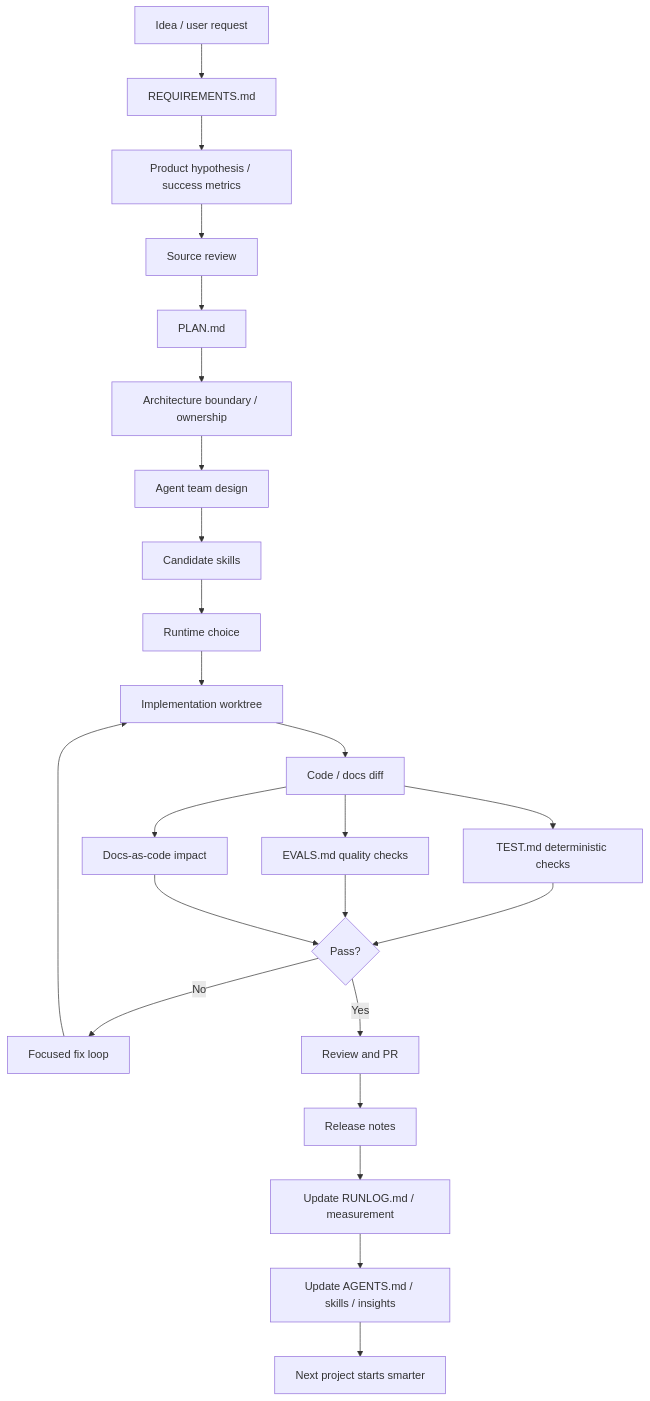
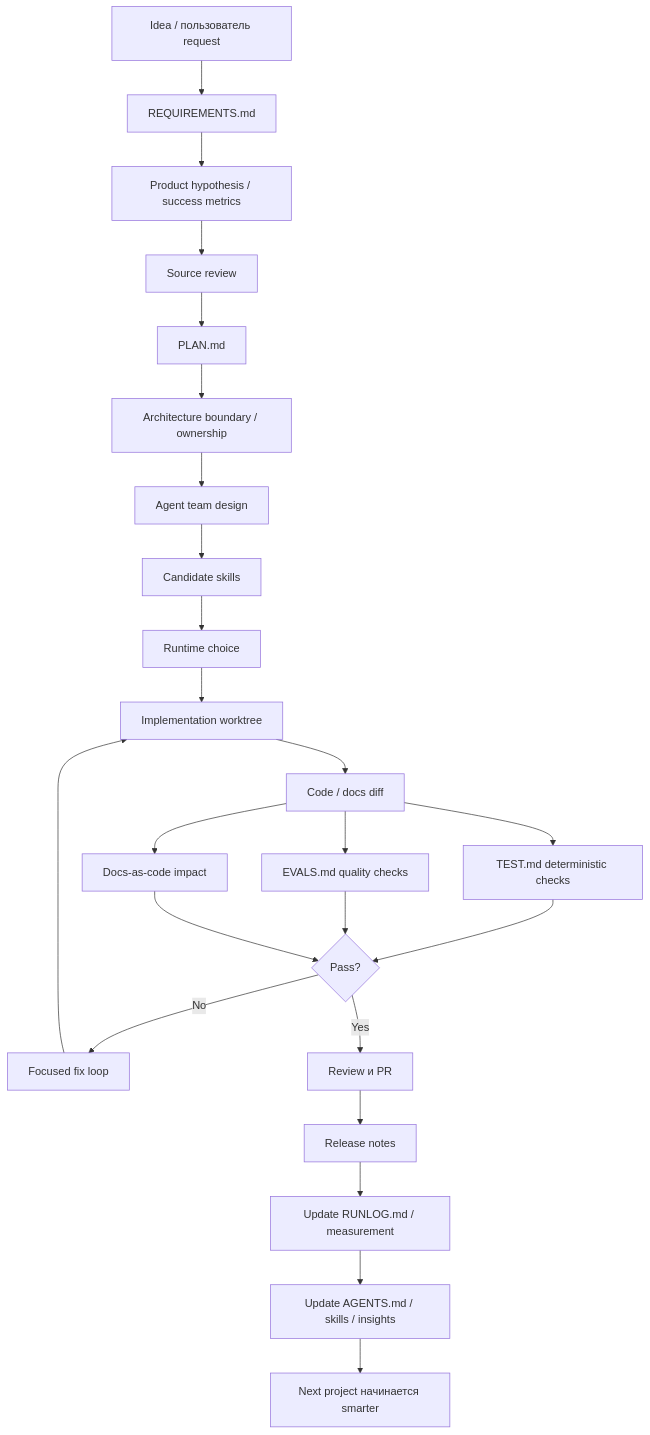
Before and after one commit to alexroadcaster/product-agent-os: the diagram in docs/diagrams/product-delivery-lifecycle.md, drawn with Mermaid. The commit also changed other lines of this file and 447 other files, not shown here.

````diff
--- a/docs/diagrams/product-delivery-lifecycle.md
+++ b/docs/diagrams/product-delivery-lifecycle.md
@@ -9,26 +9,26 @@
 ```mermaid
 flowchart TD
-    A["Idea / user request"] --> B["REQUIREMENTS.md"]
+    A["Idea / пользователь request"] --> B["REQUIREMENTS.md"]
     B --> B1["Product hypothesis / success metrics"]
     B1 --> C["Source review"]
     C --> D["PLAN.md"]
     D --> D1["Architecture boundary / ownership"]
     D1 --> E["Agent team design"]
     E --> F["Candidate skills"]
     F --> G["Runtime choice"]
     G --> H["Implementation worktree"]
     H --> I["Code / docs diff"]
     I --> J["TEST.md deterministic checks"]
     I --> K["EVALS.md quality checks"]
     I --> K1["Docs-as-code impact"]
     J --> L{"Pass?"}
     K --> L
     K1 --> L
     L -->|No| M["Focused fix loop"]
     M --> H
-    L -->|Yes| N["Review and PR"]
+    L -->|Yes| N["Review и PR"]
     N --> O["Release notes"]
     O --> P["Update RUNLOG.md / measurement"]
     P --> Q["Update AGENTS.md / skills / insights"]
-    Q --> R["Next project starts smarter"]
+    Q --> R["Next project начинается smarter"]
 ```
````
